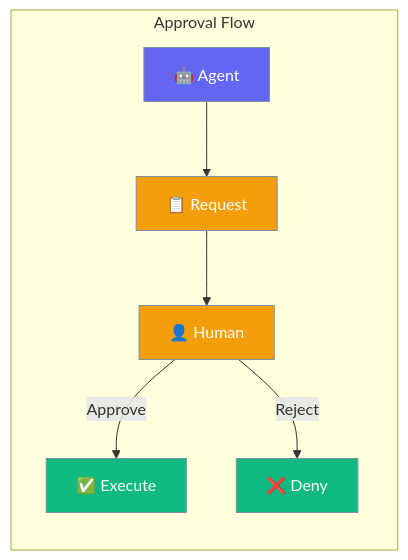
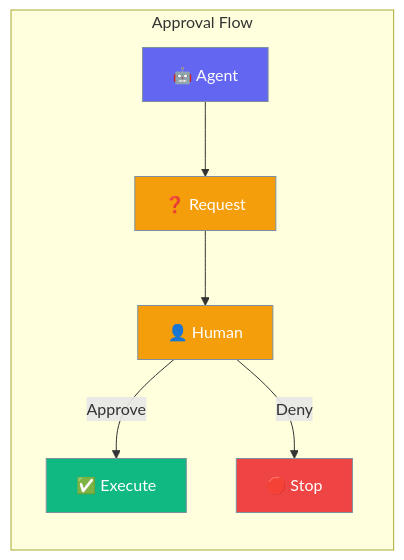
One commit to MervinPraison/PraisonAIDocs changed the first of 2 diagrams in docs/rust/approval.mdx. Above: the diagram before and after it, drawn with Mermaid. The commit also changed other lines of this file and 87 other files, not shown here.

````diff
--- a/docs/rust/approval.mdx
+++ b/docs/rust/approval.mdx
@@ -10,17 +10,19 @@
 ```mermaid
 graph LR
     subgraph "Approval Flow"
-        A[🤖 Agent] --> R[📋 Request]
+        A[🤖 Agent] --> R[❓ Request]
         R --> H[👤 Human]
-        H -->|Approve| E[✅ Execute]
-        H -->|Reject| D[❌ Deny]
+        H --> |Approve| E[✅ Execute]
+        H --> |Deny| S[🛑 Stop]
     end
     
     classDef agent fill:#6366F1,stroke:#7C90A0,color:#fff
-    classDef request fill:#F59E0B,stroke:#7C90A0,color:#fff
+    classDef human fill:#F59E0B,stroke:#7C90A0,color:#fff
     classDef result fill:#10B981,stroke:#7C90A0,color:#fff
+    classDef stop fill:#EF4444,stroke:#7C90A0,color:#fff
     
     class A agent
-    class R,H request
-    class E,D result
+    class R,H human
+    class E result
+    class S stop
 ```
````
